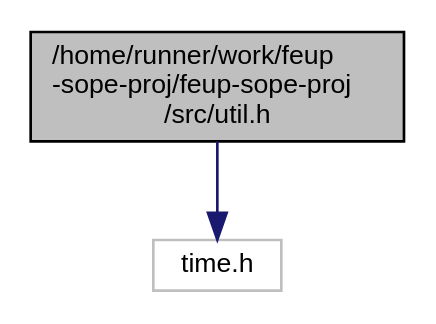
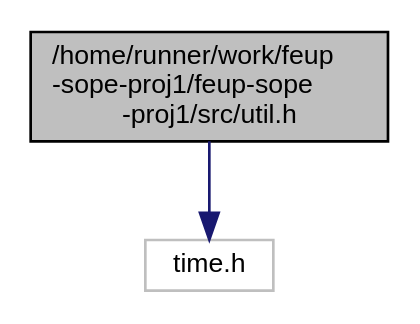
Before and after one commit to ctrlMarcio/feup-sope-proj: the diagram in util_8h__incl.dot, drawn with Graphviz. The commit also changed 25 other files, not shown here.

```diff
--- a/util_8h__incl.dot
+++ b/util_8h__incl.dot
@@ -1,8 +1,8 @@
-digraph "/home/runner/work/feup-sope-proj/feup-sope-proj/src/util.h"
+digraph "/home/runner/work/feup-sope-proj1/feup-sope-proj1/src/util.h"
 {
   edge [fontname="Helvetica",fontsize="10",labelfontname="Helvetica",labelfontsize="10"];
   node [fontname="Helvetica",fontsize="10",shape=record];
-  Node0 [label="/home/runner/work/feup\l-sope-proj/feup-sope-proj\l/src/util.h",height=0.2,width=0.4,color="black", fillcolor="grey75", style="filled", fontcolor="black"];
+  Node0 [label="/home/runner/work/feup\l-sope-proj1/feup-sope\l-proj1/src/util.h",height=0.2,width=0.4,color="black", fillcolor="grey75", style="filled", fontcolor="black"];
   Node0 -> Node1 [color="midnightblue",fontsize="10",style="solid",fontname="Helvetica"];
   Node1 [label="time.h",height=0.2,width=0.4,color="grey75", fillcolor="white", style="filled"];
 }
```
